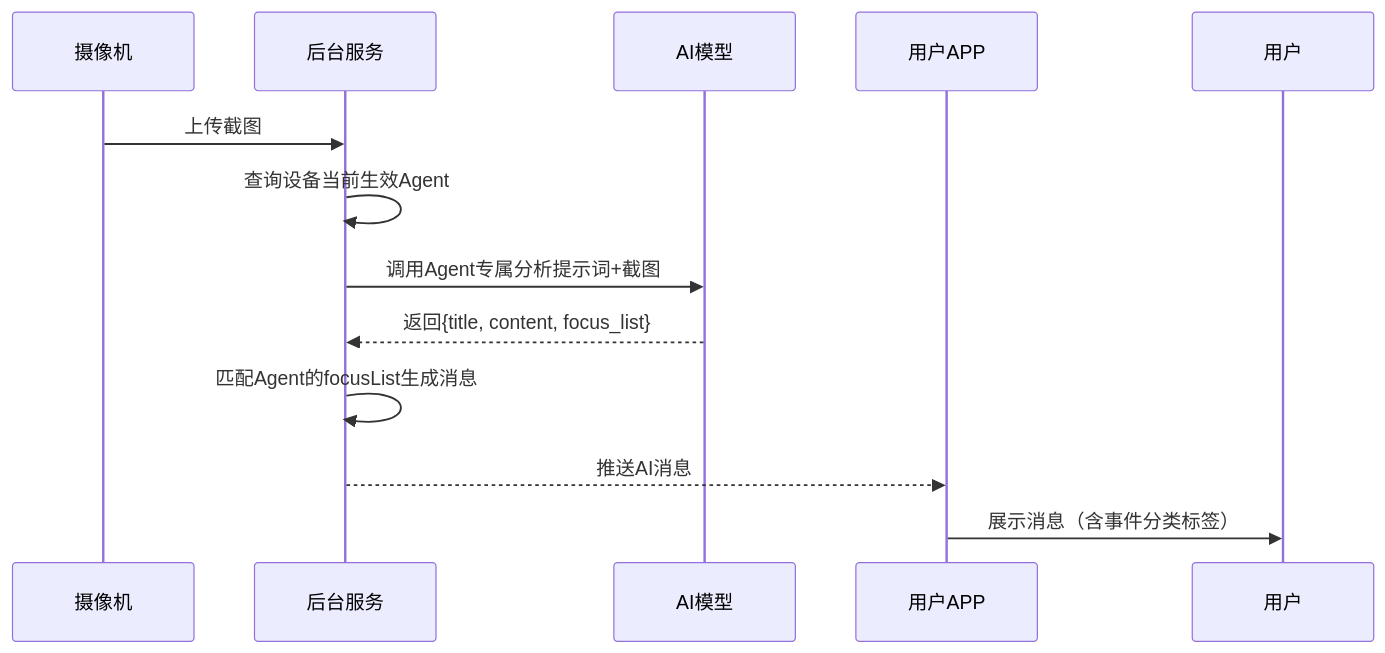
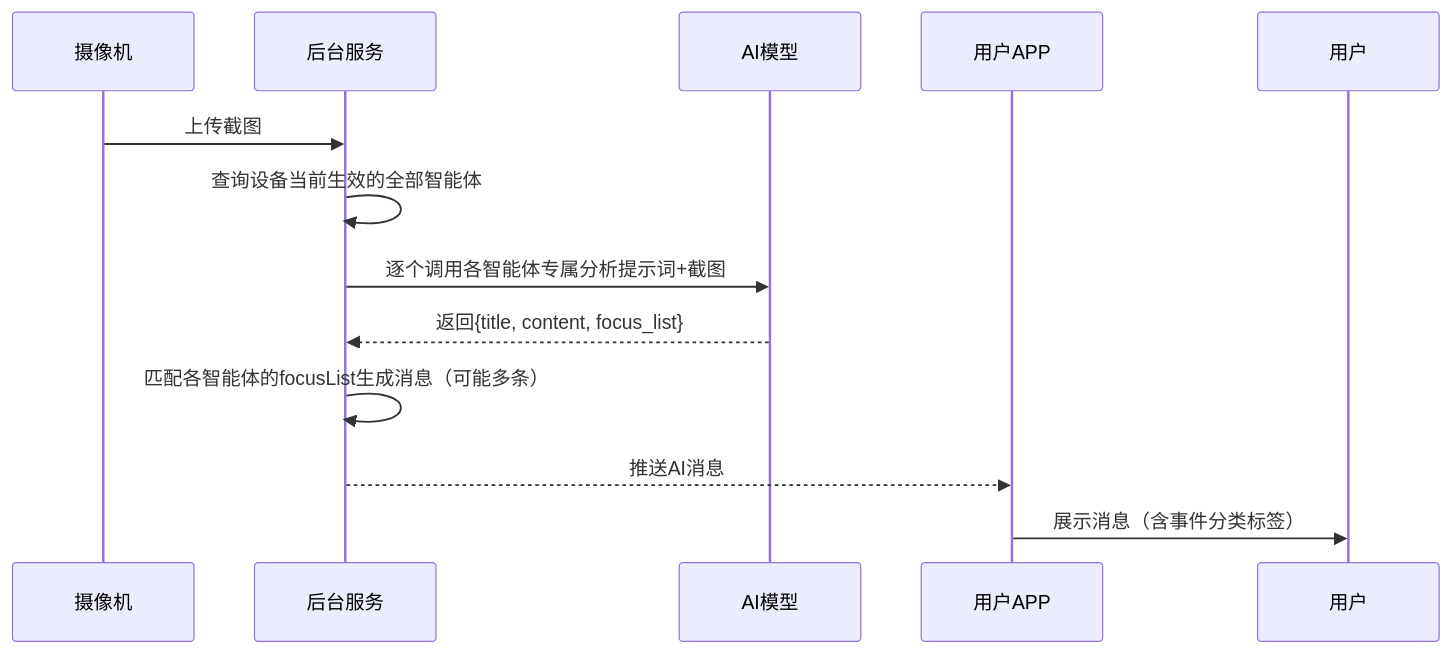
The fourth of 4 diagrams in docs/prd_full/Agent工厂/Agent工厂03PRD.md (hongtao-l/platform), drawn with Mermaid before and after one commit. The commit also changed other lines of this file and 13 other files, not shown here.

````diff
--- a/docs/prd_full/Agent工厂/Agent工厂03PRD.md
+++ b/docs/prd_full/Agent工厂/Agent工厂03PRD.md
@@ -151,15 +148,15 @@
 ```mermaid
 sequenceDiagram
     participant 设备 as 摄像机
     participant 后台 as 后台服务
     participant 模型 as AI模型
     participant APP as 用户APP
 
     设备->>后台: 上传截图
-    后台->>后台: 查询设备当前生效Agent
-    后台->>模型: 调用Agent专属分析提示词+截图
+    后台->>后台: 查询设备当前生效的全部智能体
+    后台->>模型: 逐个调用各智能体专属分析提示词+截图
     模型-->>后台: 返回{title, content, focus_list}
-    后台->>后台: 匹配Agent的focusList生成消息
+    后台->>后台: 匹配各智能体的focusList生成消息（可能多条）
     后台-->>APP: 推送AI消息
     APP->>用户: 展示消息（含事件分类标签）
 ```
````
